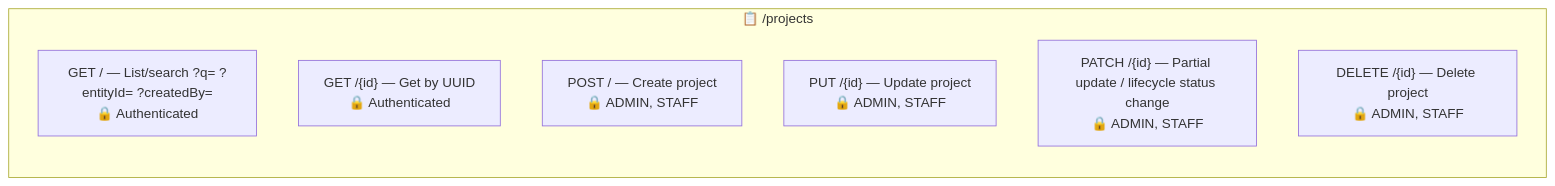
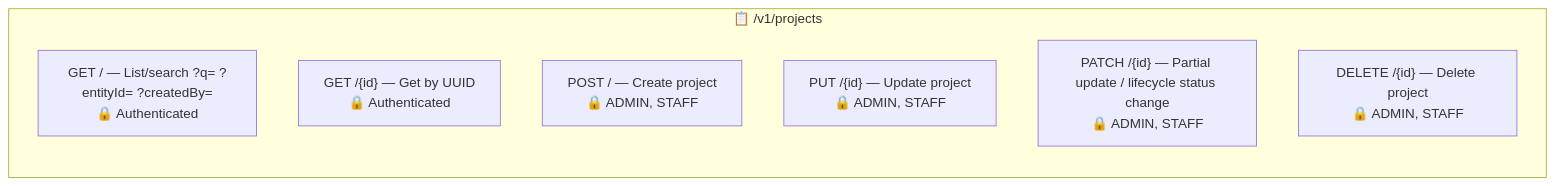
Before and after one commit to Plataforma-Universidade-Gratuita/pug-service: the second of 9 diagrams in src/main/java/br/org/catolicasc/pug/project/README.md, drawn with Mermaid. The commit also changed other lines of this file and 137 other files, not shown here.

````diff
--- a/src/main/java/br/org/catolicasc/pug/project/README.md
+++ b/src/main/java/br/org/catolicasc/pug/project/README.md
@@ -144,12 +144,12 @@
 ```mermaid
 graph LR
-    subgraph Projects["📋 /projects"]
+    subgraph Projects["📋 /v1/projects"]
         direction TB
         GET_LIST["GET / — List/search ?q= ?entityId= ?createdBy=<br/>🔒 Authenticated"]
         GET_ID["GET /{id} — Get by UUID<br/>🔒 Authenticated"]
         POST["POST / — Create project<br/>🔒 ADMIN, STAFF"]
         PUT["PUT /{id} — Update project<br/>🔒 ADMIN, STAFF"]
         PATCH["PATCH /{id} — Partial update / lifecycle status change<br/>🔒 ADMIN, STAFF"]
         DELETE["DELETE /{id} — Delete project<br/>🔒 ADMIN, STAFF"]
     end
 ```
````
